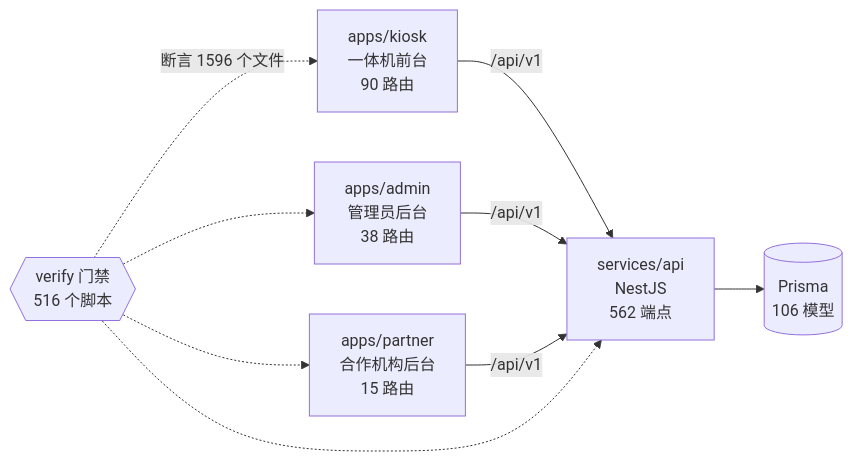
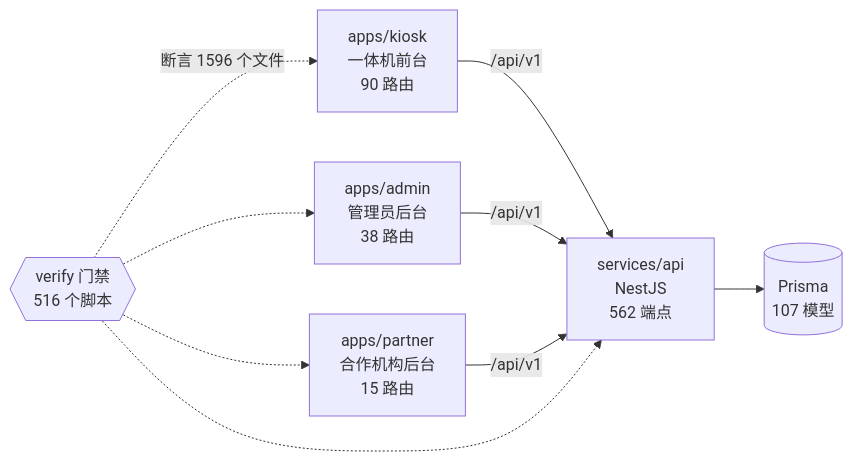
The diagram in docs/graph/README.md (wanglei581/YITIJI), drawn with Mermaid before and after one commit. The commit also changed other lines of this file and 29 other files, not shown here.

````diff
--- a/docs/graph/README.md
+++ b/docs/graph/README.md
@@ -68,18 +68,18 @@
 ```mermaid
 flowchart LR
   kiosk["apps/kiosk<br/>一体机前台<br/>90 路由"]
   admin["apps/admin<br/>管理员后台<br/>38 路由"]
   partner["apps/partner<br/>合作机构后台<br/>15 路由"]
   api["services/api<br/>NestJS<br/>562 端点"]
-  db[("Prisma<br/>106 模型")]
+  db[("Prisma<br/>107 模型")]
   gates{{"verify 门禁<br/>516 个脚本"}}
 
   kiosk -->|"/api/v1"| api
   admin -->|"/api/v1"| api
   partner -->|"/api/v1"| api
   api --> db
   gates -.->|"断言 1596 个文件"| kiosk
   gates -.-> admin
   gates -.-> partner
   gates -.-> api
 ```
````
